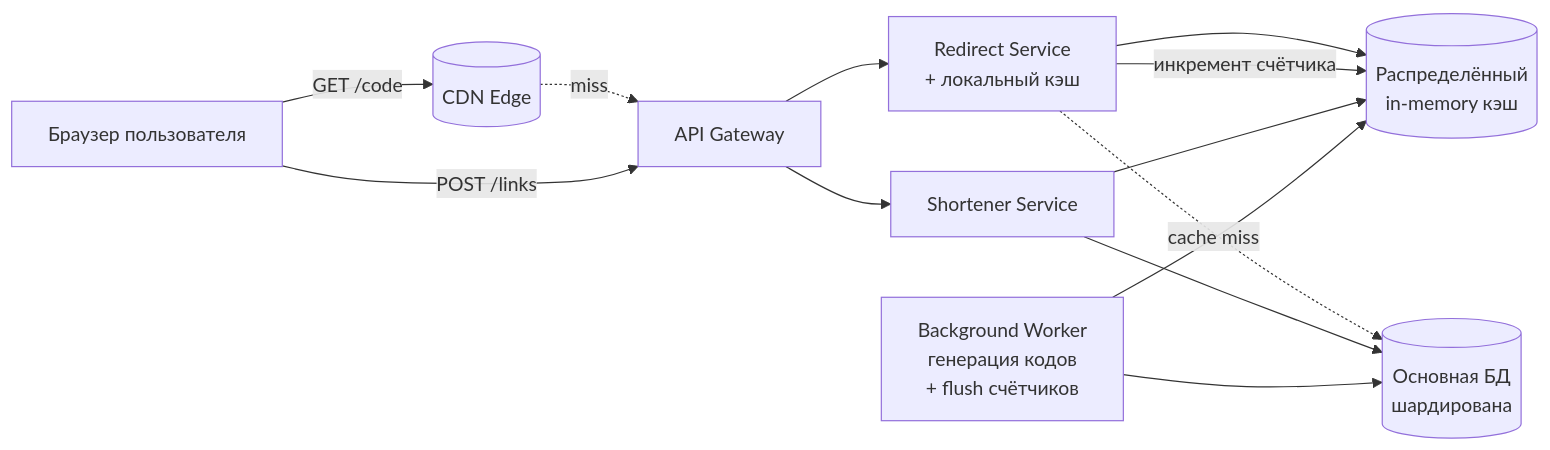
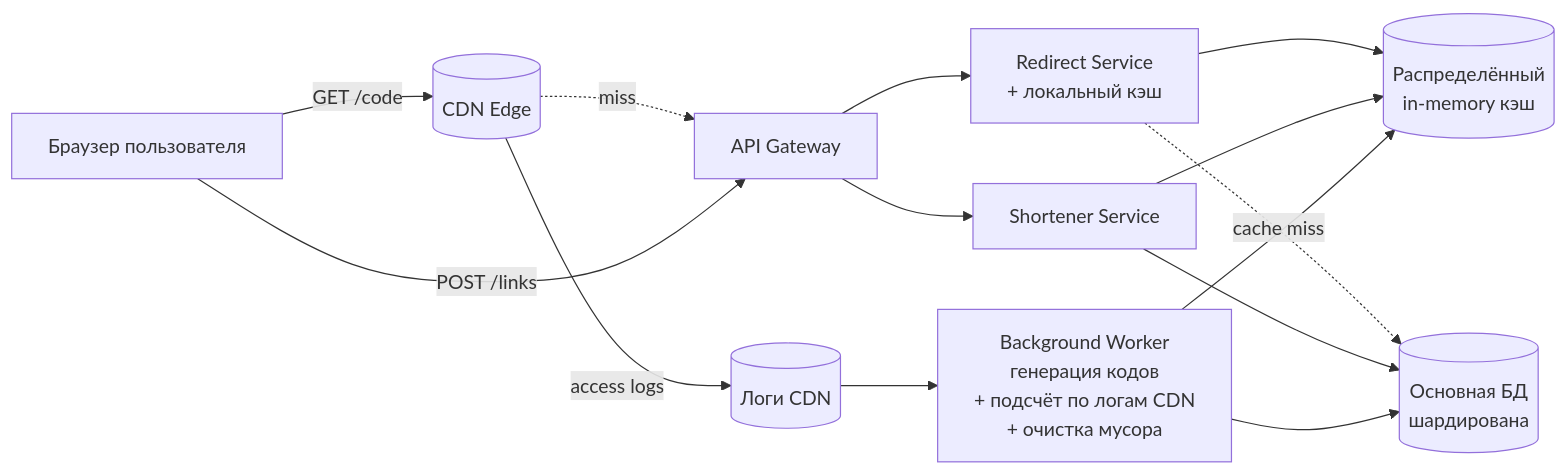
One commit to f1yToMoon/url_shortener changed the first of 9 diagrams in README.md. Above: the diagram before and after it, drawn with Mermaid. The commit also changed other lines of this file, not shown here.

````diff
--- a/README.md
+++ b/README.md
@@ -87,24 +87,26 @@
 ```mermaid
 graph LR
   User[Браузер пользователя]
   CDN[(CDN Edge)]
+  Logs[(Логи CDN)]
   GW[API Gateway]
   R[Redirect Service<br/>+ локальный кэш]
   S[Shortener Service]
   KV[(Распределённый<br/>in-memory кэш)]
   DB[(Основная БД<br/>шардирована)]
-  W[Background Worker<br/>генерация кодов<br/>+ flush счётчиков]
+  W[Background Worker<br/>генерация кодов<br/>+ подсчёт по логам CDN<br/>+ очистка мусора]
 
   User -->|GET /code| CDN
   CDN -.miss.-> GW
+  CDN -->|access logs| Logs
   User -->|POST /links| GW
   GW --> R
   GW --> S
   R --> KV
   R -.cache miss.-> DB
-  R -->|инкремент счётчика| KV
   S --> KV
   S --> DB
+  Logs --> W
   W --> KV
   W --> DB
 ```
````
